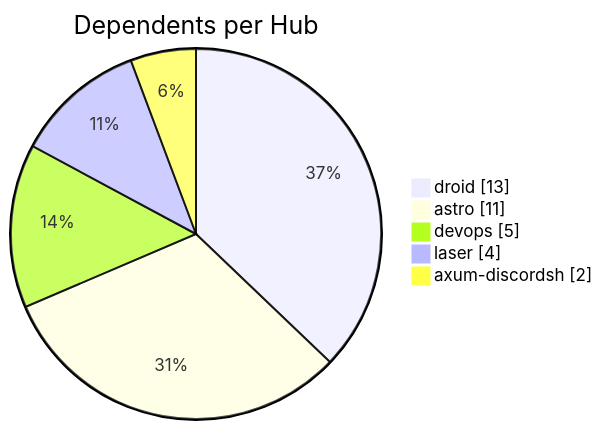
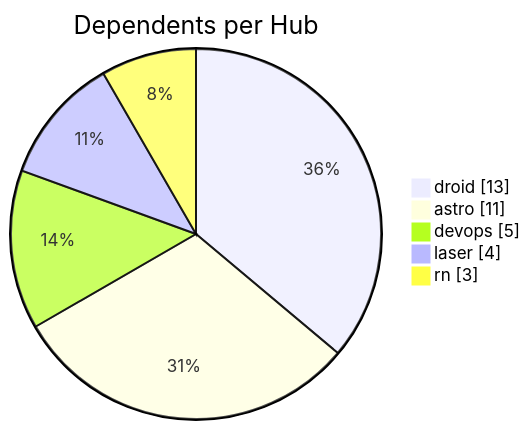
The second of 3 diagrams in apps/kbve/astro-kbve/src/content/docs/dashboard/graph.mdx (KBVE/kbve), drawn with Mermaid before and after one commit. The commit also changed other lines of this file and 8 other files, not shown here.

````diff
--- a/apps/kbve/astro-kbve/src/content/docs/dashboard/graph.mdx
+++ b/apps/kbve/astro-kbve/src/content/docs/dashboard/graph.mdx
@@ -66,9 +66,9 @@
 ```mermaid
 pie showData
     title Dependents per Hub
     "droid" : 13
     "astro" : 11
     "devops" : 5
     "laser" : 4
-    "axum-discordsh" : 2
+    "rn" : 3
 ```
````
